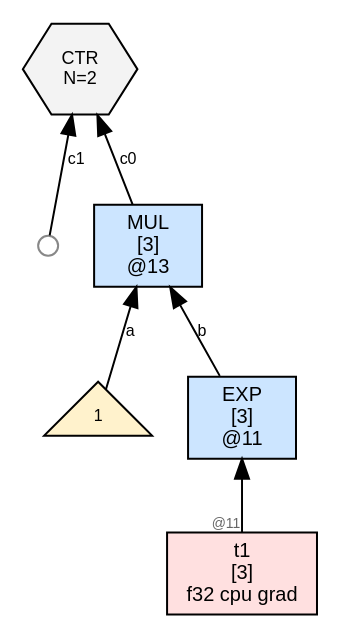
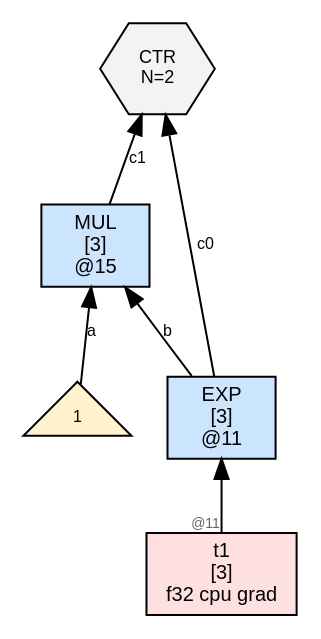
The diagram in wl/examples/thvm_graphs/grad_rules/exp/thvm_2_post_sweep.dot (sw1sh/TinyHVM), drawn with Graphviz before and after one commit. The commit also changed 193 other files, not shown here.

```diff
--- a/wl/examples/thvm_graphs/grad_rules/exp/thvm_2_post_sweep.dot
+++ b/wl/examples/thvm_graphs/grad_rules/exp/thvm_2_post_sweep.dot
@@ -1,17 +1,16 @@
 digraph G {
   rankdir=BT;
   node [fontname="Helvetica", fontsize=10, style=filled, shape=box, margin="0.1,0.05"];
   edge [fontsize=8, fontname="Helvetica"];
 
-  n13 [label="MUL\n[3]\n@13", shape=box, fillcolor="#cce5ff"];
-  num13_0 [label="1",shape=triangle,fillcolor="#fff2cc",fontsize=8];
-  num13_0 -> n13 [label="a"];
-  n11 -> n13 [label="b"];
-  ctr7 [label="CTR\nN=2", shape=hexagon, fillcolor="#f3f3f3", fontsize=9];
-  n13 -> ctr7 [label="c0"];
-  free7_1 [label="",shape=circle,width=0.14,height=0.14,fixedsize=true,fillcolor="#ffffff",color="#888888",fontsize=1];
-  free7_1 -> ctr7 [label="c1"];
   n11 [label="EXP\n[3]\n@11", shape=box, fillcolor="#cce5ff"];
   t1 [label="t1\n[3]\nf32 cpu grad",shape=box,fillcolor="#ffe0e0"];
   t1 -> n11 [label="",taillabel="@11",labelfontsize=7,fontcolor="#666666"];
+  n15 [label="MUL\n[3]\n@15", shape=box, fillcolor="#cce5ff"];
+  num15_0 [label="1",shape=triangle,fillcolor="#fff2cc",fontsize=8];
+  num15_0 -> n15 [label="a"];
+  n11 -> n15 [label="b"];
+  ctr8 [label="CTR\nN=2", shape=hexagon, fillcolor="#f3f3f3", fontsize=9];
+  n11 -> ctr8 [label="c0"];
+  n15 -> ctr8 [label="c1"];
 }
```
